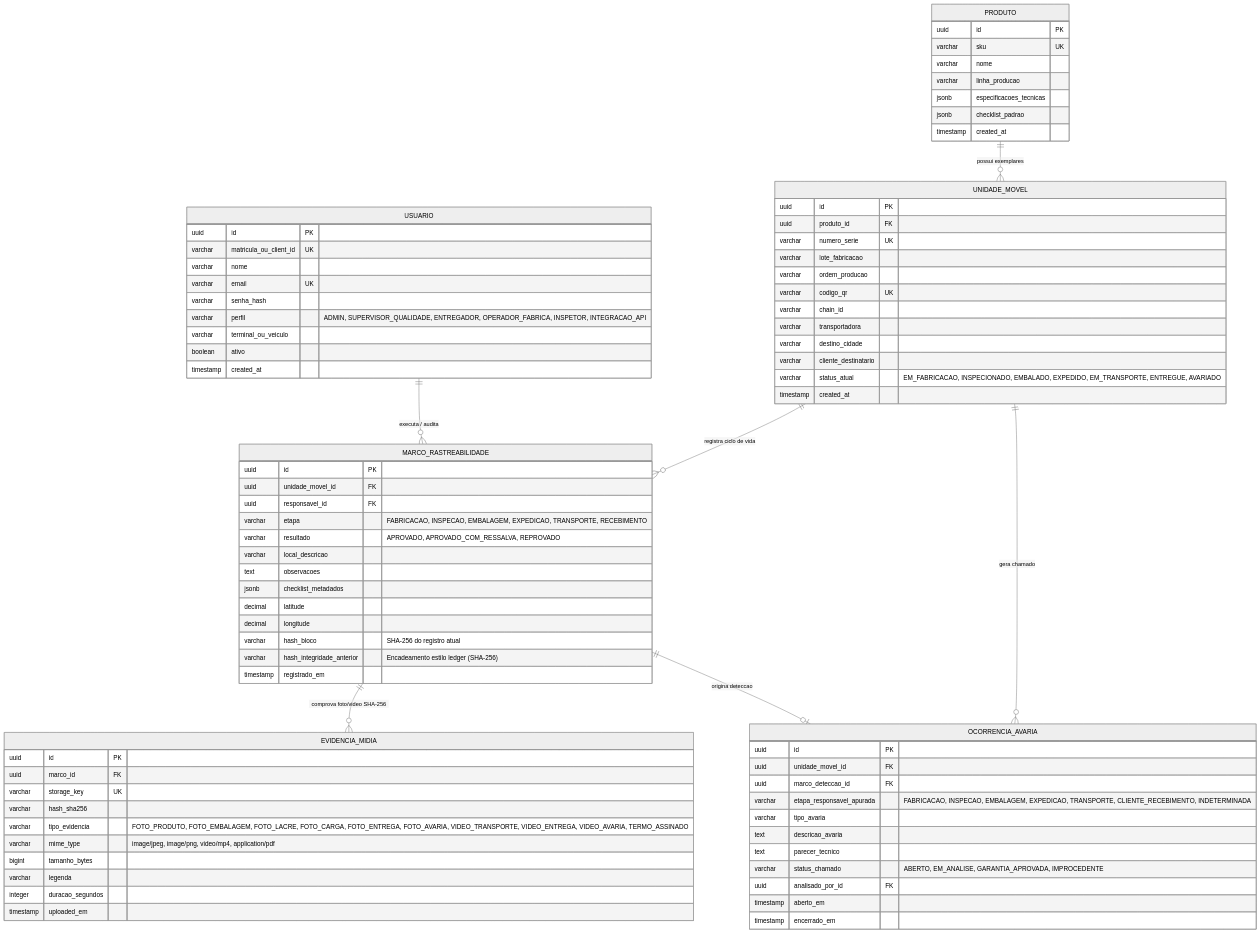
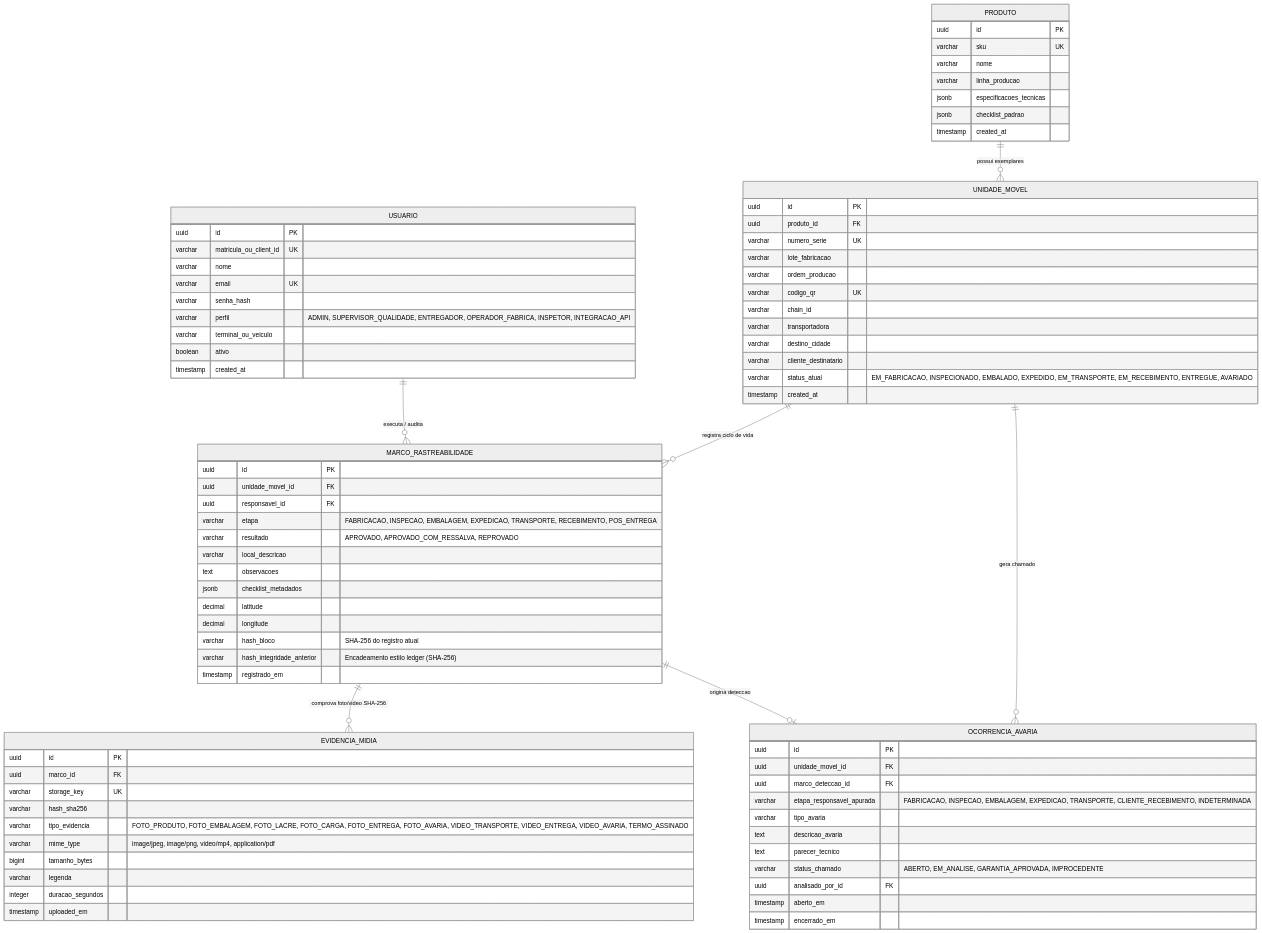
One commit to kaiomartinezjorge/ProjetoFinal-MovSeg changed the diagram in README.md. Above: the diagram before and after it, drawn with Mermaid (neutral theme). The commit also changed other lines of this file and 177 other files, not shown here.

```diff
--- a/README.md
+++ b/README.md
@@ -119,7 +117,7 @@
         varchar transportadora
         varchar destino_cidade
         varchar cliente_destinatario
-        varchar status_atual "EM_FABRICACAO, INSPECIONADO, EMBALADO, EXPEDIDO, EM_TRANSPORTE, ENTREGUE, AVARIADO"
+        varchar status_atual "EM_FABRICACAO, INSPECIONADO, EMBALADO, EXPEDIDO, EM_TRANSPORTE, EM_RECEBIMENTO, ENTREGUE, AVARIADO"
         timestamp created_at
     }
 
@@ -139,7 +137,7 @@
         uuid id PK
         uuid unidade_movel_id FK
         uuid responsavel_id FK
-        varchar etapa "FABRICACAO, INSPECAO, EMBALAGEM, EXPEDICAO, TRANSPORTE, RECEBIMENTO"
+        varchar etapa "FABRICACAO, INSPECAO, EMBALAGEM, EXPEDICAO, TRANSPORTE, RECEBIMENTO, POS_ENTREGA"
         varchar resultado "APROVADO, APROVADO_COM_RESSALVA, REPROVADO"
         varchar local_descricao
         text observacoes
```
